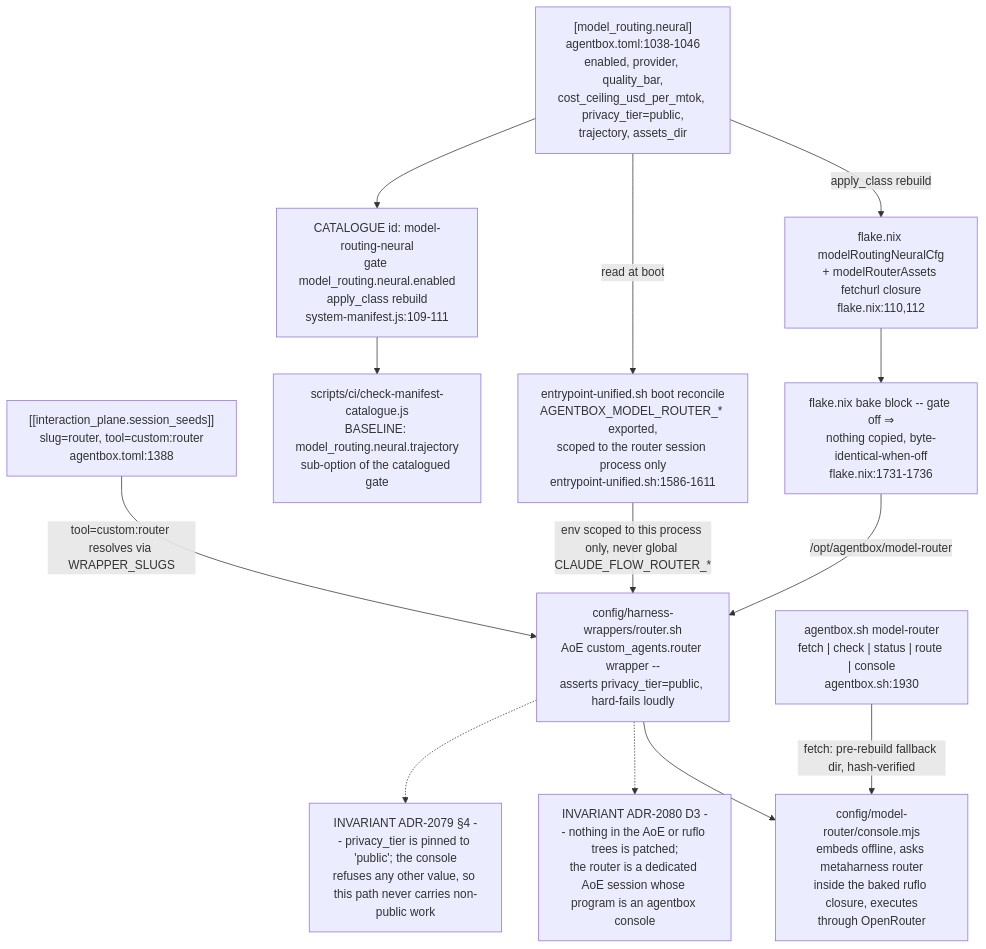
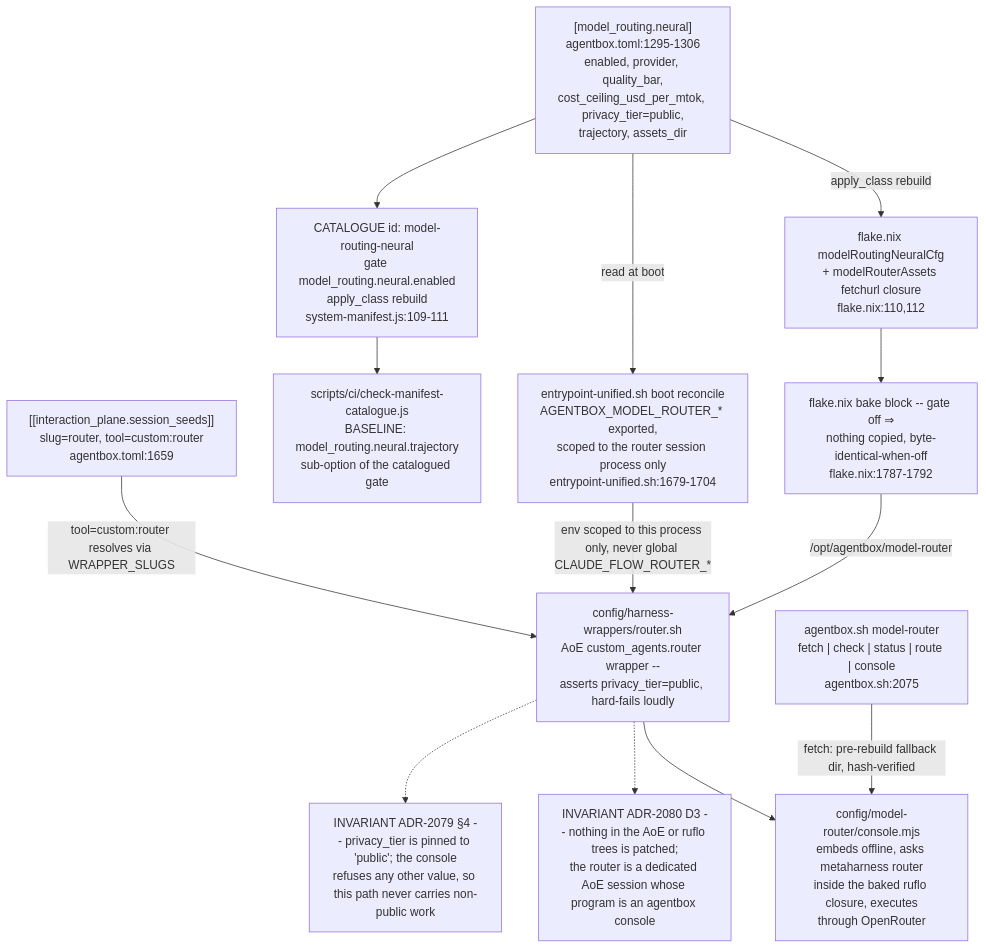
Before and after one commit to DreamLab-AI/VisionFlow: diagram 14 of 14 in docs/diagrams/agentbox/15-capability-gating-spend-consultants.md, drawn with Mermaid. The commit also changed other lines of this file and 28 other files, not shown here.

````diff
--- a/docs/diagrams/agentbox/15-capability-gating-spend-consultants.md
+++ b/docs/diagrams/agentbox/15-capability-gating-spend-consultants.md
@@ -694,29 +698,29 @@
 ```mermaid
 flowchart TD
-    T["[model_routing.neural]<br/>agentbox.toml:1038-1046<br/>enabled, provider, quality_bar,<br/>cost_ceiling_usd_per_mtok, privacy_tier=public,<br/>trajectory, assets_dir"]
-    SEED["[[interaction_plane.session_seeds]]<br/>slug=router, tool=custom:router<br/>agentbox.toml:1388"]
+    T["[model_routing.neural]<br/>agentbox.toml:1295-1306<br/>enabled, provider, quality_bar,<br/>cost_ceiling_usd_per_mtok, privacy_tier=public,<br/>trajectory, assets_dir"]
+    SEED["[[interaction_plane.session_seeds]]<br/>slug=router, tool=custom:router<br/>agentbox.toml:1659"]
     CAT["CATALOGUE id: model-routing-neural<br/>gate model_routing.neural.enabled<br/>apply_class rebuild<br/>system-manifest.js:109-111"]
     NIX["flake.nix modelRoutingNeuralCfg<br/>+ modelRouterAssets fetchurl closure<br/>flake.nix:110,112"]
-    BAKE["flake.nix bake block -- gate off ⇒<br/>nothing copied, byte-identical-when-off<br/>flake.nix:1731-1736"]
-    ENTRY["entrypoint-unified.sh boot reconcile<br/>AGENTBOX_MODEL_ROUTER_* exported,<br/>scoped to the router session process only<br/>entrypoint-unified.sh:1586-1611"]
+    BAKE["flake.nix bake block -- gate off ⇒<br/>nothing copied, byte-identical-when-off<br/>flake.nix:1787-1792"]
+    ENTRY["entrypoint-unified.sh boot reconcile<br/>AGENTBOX_MODEL_ROUTER_* exported,<br/>scoped to the router session process only<br/>entrypoint-unified.sh:1679-1704"]
     WRAP["config/harness-wrappers/router.sh<br/>AoE custom_agents.router wrapper --<br/>asserts privacy_tier=public, hard-fails loudly"]
     CONSOLE["config/model-router/console.mjs<br/>embeds offline, asks metaharness router<br/>inside the baked ruflo closure, executes<br/>through OpenRouter"]
-    CLI["agentbox.sh model-router<br/>fetch #124; check #124; status #124; route #124; console<br/>agentbox.sh:1930"]
+    CLI["agentbox.sh model-router<br/>fetch #124; check #124; status #124; route #124; console<br/>agentbox.sh:2075"]
     CATCHECK["scripts/ci/check-manifest-catalogue.js<br/>BASELINE: model_routing.neural.trajectory<br/>sub-option of the catalogued gate"]
 
     T -->|"apply_class rebuild"| NIX
     NIX --> BAKE
     BAKE -->|"/opt/agentbox/model-router"| WRAP
     T -->|"read at boot"| ENTRY
     ENTRY -->|"env scoped to this process only, never global CLAUDE_FLOW_ROUTER_*"| WRAP
     SEED -->|"tool=custom:router resolves via WRAPPER_SLUGS"| WRAP
     WRAP --> CONSOLE
     CLI -->|"fetch: pre-rebuild fallback dir, hash-verified"| CONSOLE
     T --> CAT
     CAT --> CATCHECK
 
     NOTE1["INVARIANT ADR-2080 D3 -- nothing in the AoE or ruflo trees is patched;<br/>the router is a dedicated AoE session whose program is an agentbox console"]
     NOTE2["INVARIANT ADR-2079 §4 -- privacy_tier is pinned to 'public'; the console<br/>refuses any other value, so this path never carries non-public work"]
     WRAP -.-> NOTE1
     WRAP -.-> NOTE2
 ```
````
